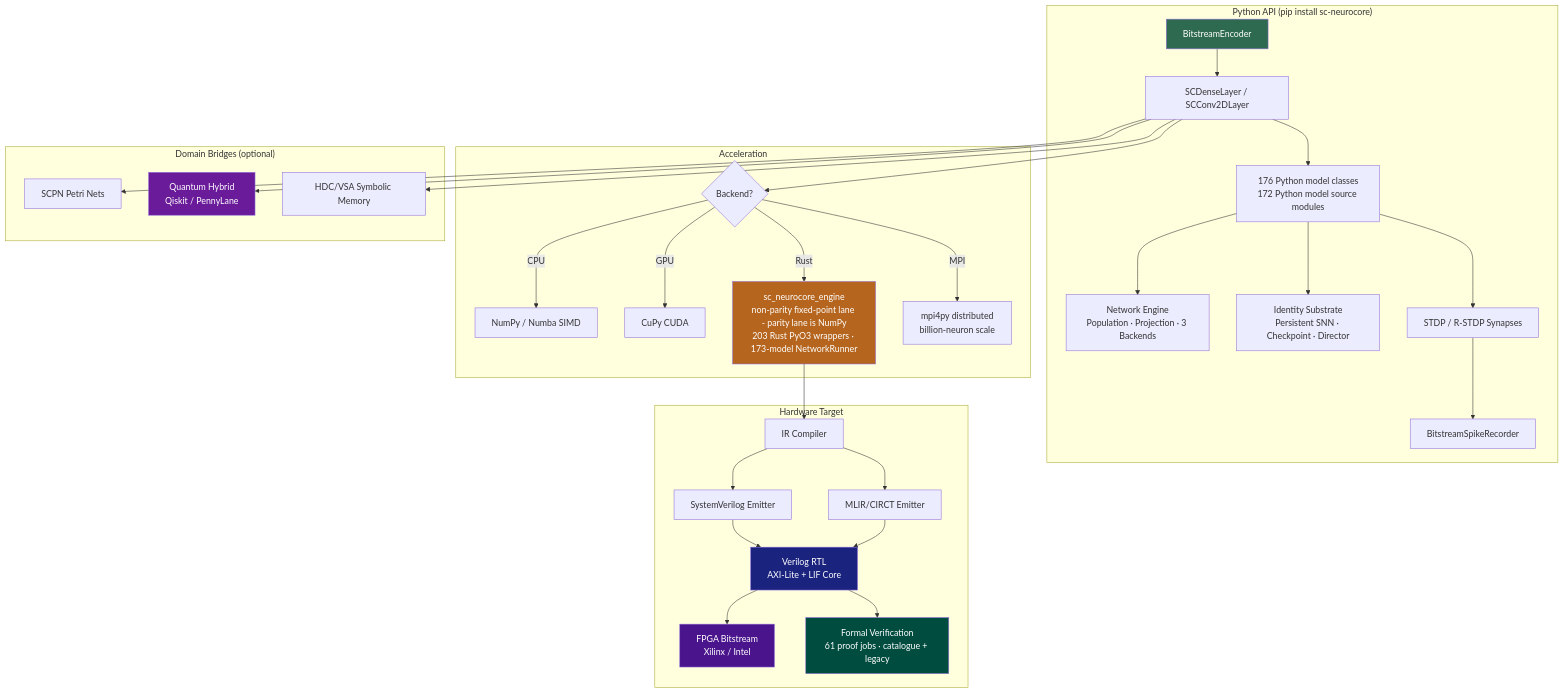
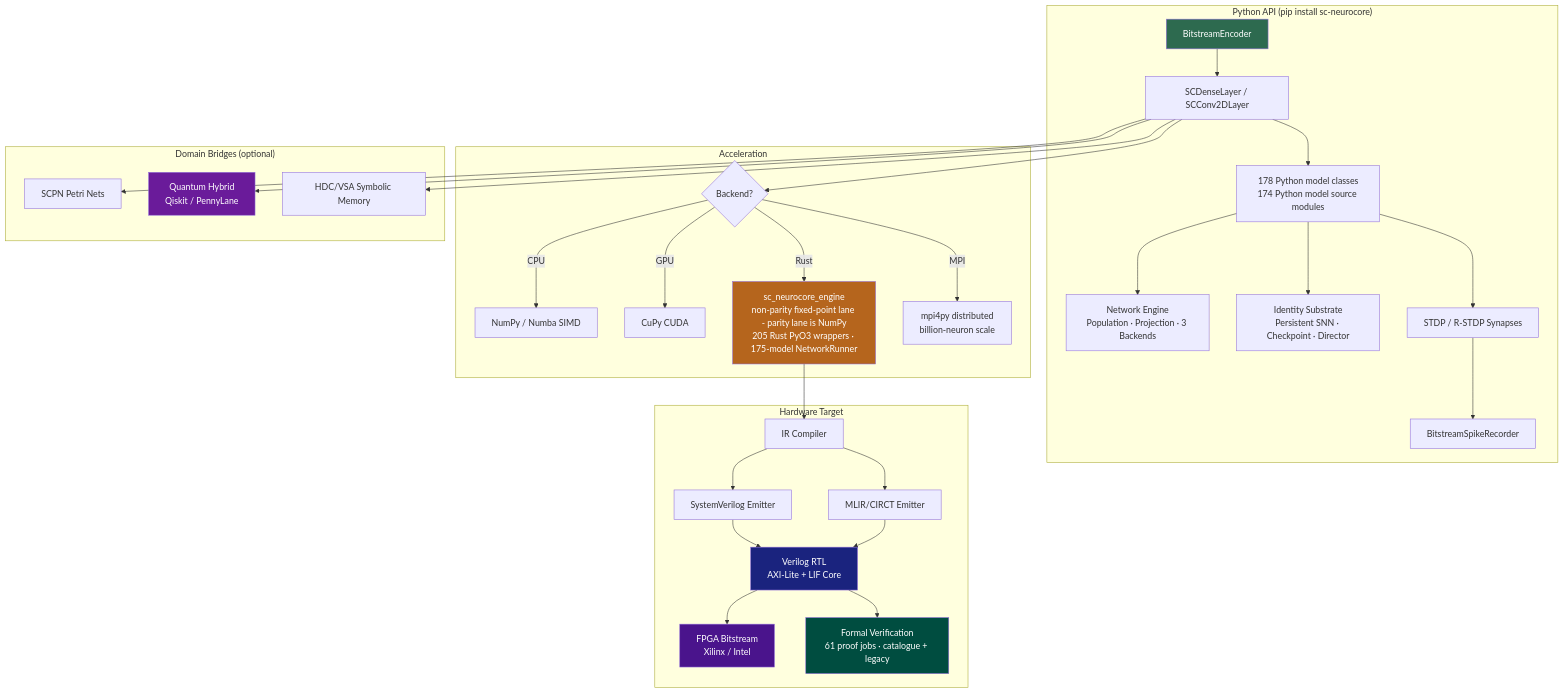
The diagram in README.md (anulum/sc-neurocore), drawn with Mermaid before and after one commit. The commit also changed other lines of this file and 93 other files, not shown here.

````diff
--- a/README.md
+++ b/README.md
@@ -380,42 +380,42 @@
 ```mermaid
 graph TD
     subgraph "Python API (pip install sc-neurocore)"
         A[BitstreamEncoder] --> B[SCDenseLayer / SCConv2DLayer]
-        B --> C[176 Python model classes<br/>172 Python model source modules]
+        B --> C[178 Python model classes<br/>174 Python model source modules]
         C --> NET[Network Engine<br/>Population · Projection · 3 Backends]
         C --> ID[Identity Substrate<br/>Persistent SNN · Checkpoint · Director]
         C --> D[STDP / R-STDP Synapses]
         D --> E[BitstreamSpikeRecorder]
     end
 
     subgraph "Acceleration"
         B --> F{Backend?}
         F -->|CPU| G[NumPy / Numba SIMD]
         F -->|GPU| H[CuPy CUDA]
-        F -->|Rust| I[sc_neurocore_engine<br/>non-parity fixed-point lane - parity lane is NumPy<br/>203 Rust PyO3 wrappers · 173-model NetworkRunner]
+        F -->|Rust| I[sc_neurocore_engine<br/>non-parity fixed-point lane - parity lane is NumPy<br/>205 Rust PyO3 wrappers · 175-model NetworkRunner]
         F -->|MPI| MPI[mpi4py distributed<br/>billion-neuron scale]
     end
 
     subgraph "Hardware Target"
         I --> J[IR Compiler]
         J --> K[SystemVerilog Emitter]
         J --> K2[MLIR/CIRCT Emitter]
         K --> L[Verilog RTL<br/>AXI-Lite + LIF Core]
         K2 --> L
         L --> M[FPGA Bitstream<br/>Xilinx / Intel]
         L --> V[Formal Verification<br/>61 proof jobs · catalogue + legacy]
     end
 
     subgraph "Domain Bridges (optional)"
         B --> N[SCPN Petri Nets]
         B --> O[Quantum Hybrid<br/>Qiskit / PennyLane]
         B --> P[HDC/VSA Symbolic Memory]
     end
 
     style A fill:#2d6a4f,color:#fff
     style I fill:#b5651d,color:#fff
     style L fill:#1a237e,color:#fff
     style M fill:#4a148c,color:#fff
     style O fill:#6a1b9a,color:#fff
     style V fill:#004d40,color:#fff
 ```
````
